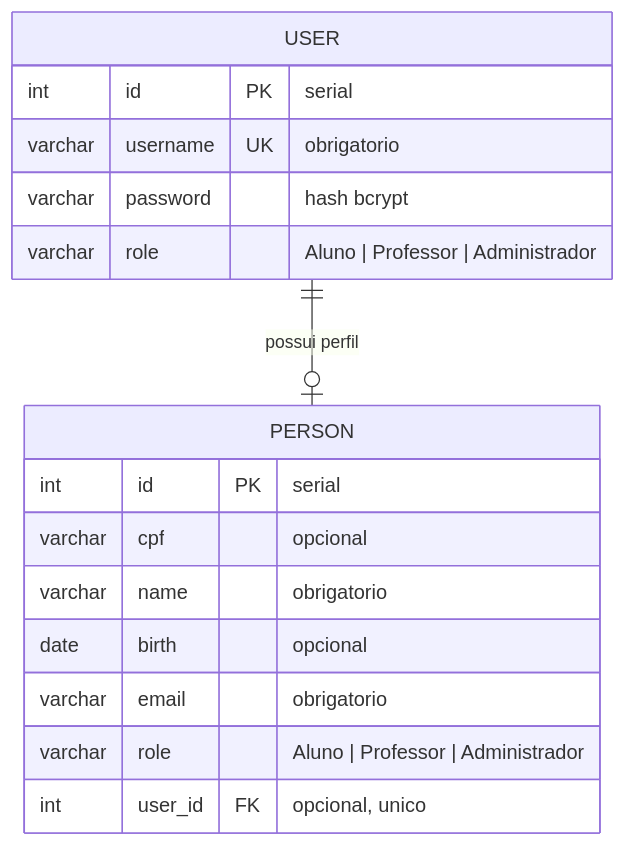
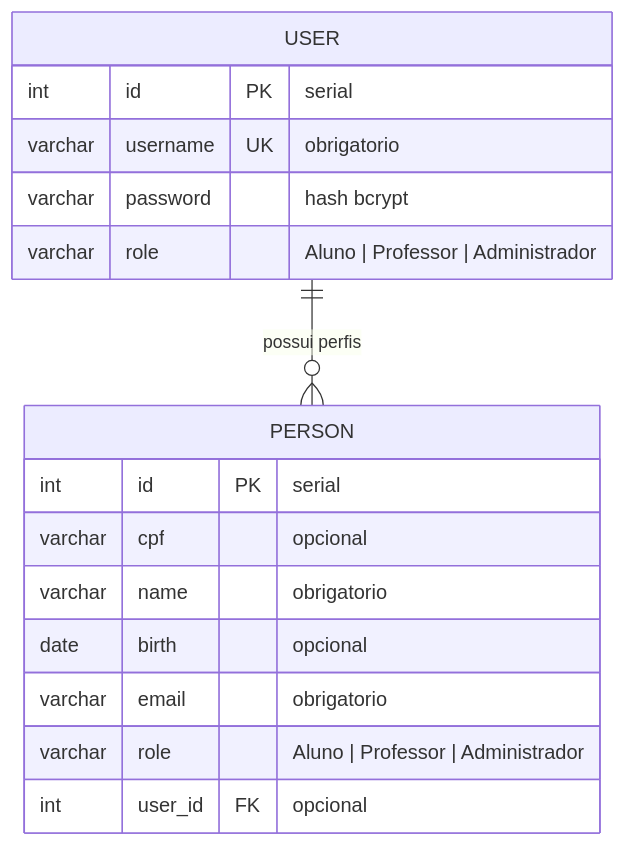
Before and after one commit to fivamkhora/api-auth: the diagram in README.md, drawn with Mermaid. The commit also changed other lines of this file and 1 other file, not shown here.

````diff
--- a/README.md
+++ b/README.md
@@ -192,21 +192,21 @@
 ```mermaid
 erDiagram
   USER {
     int id PK "serial"
     varchar username UK "obrigatorio"
     varchar password "hash bcrypt"
     varchar role "Aluno | Professor | Administrador"
   }
 
   PERSON {
     int id PK "serial"
     varchar cpf "opcional"
     varchar name "obrigatorio"
     date birth "opcional"
     varchar email "obrigatorio"
     varchar role "Aluno | Professor | Administrador"
-    int user_id FK "opcional, unico"
+    int user_id FK "opcional"
   }
 
-  USER ||--o| PERSON : "possui perfil"
+  USER ||--o{ PERSON : "possui perfis"
 ```
````
